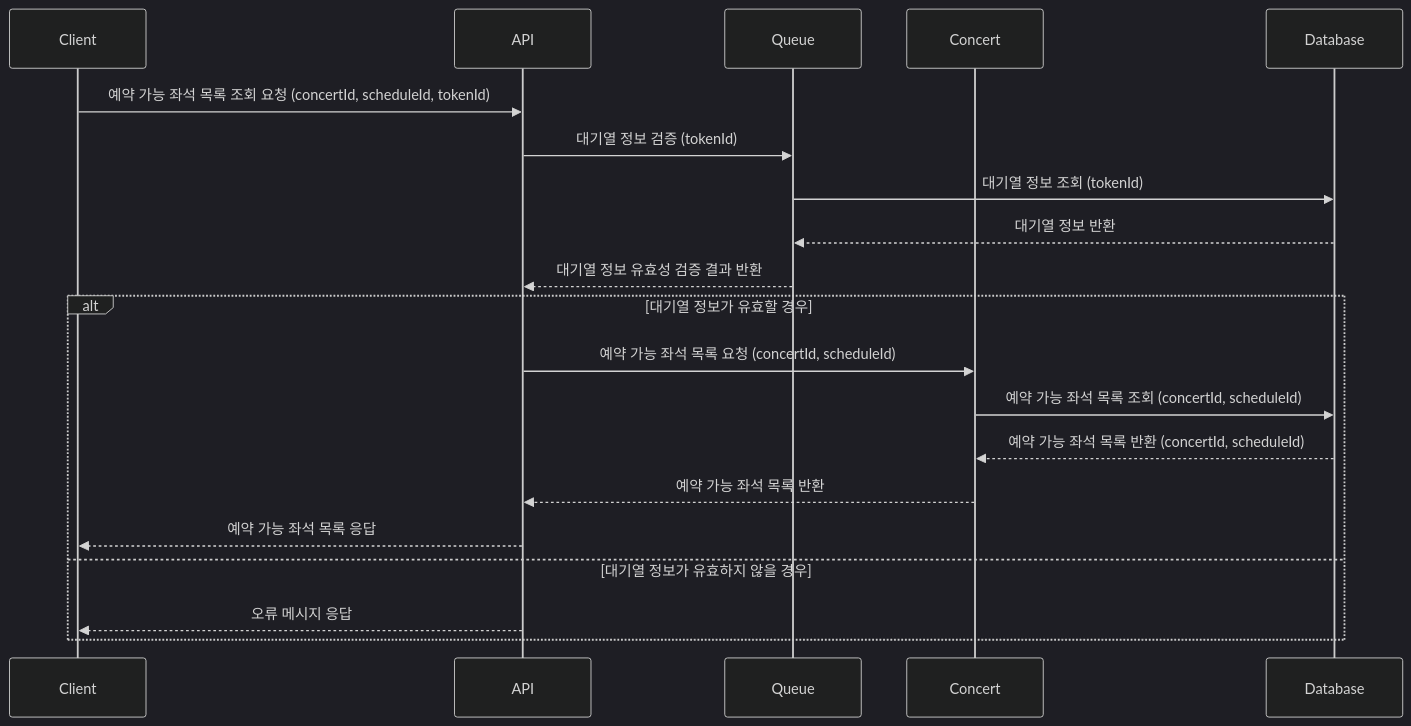
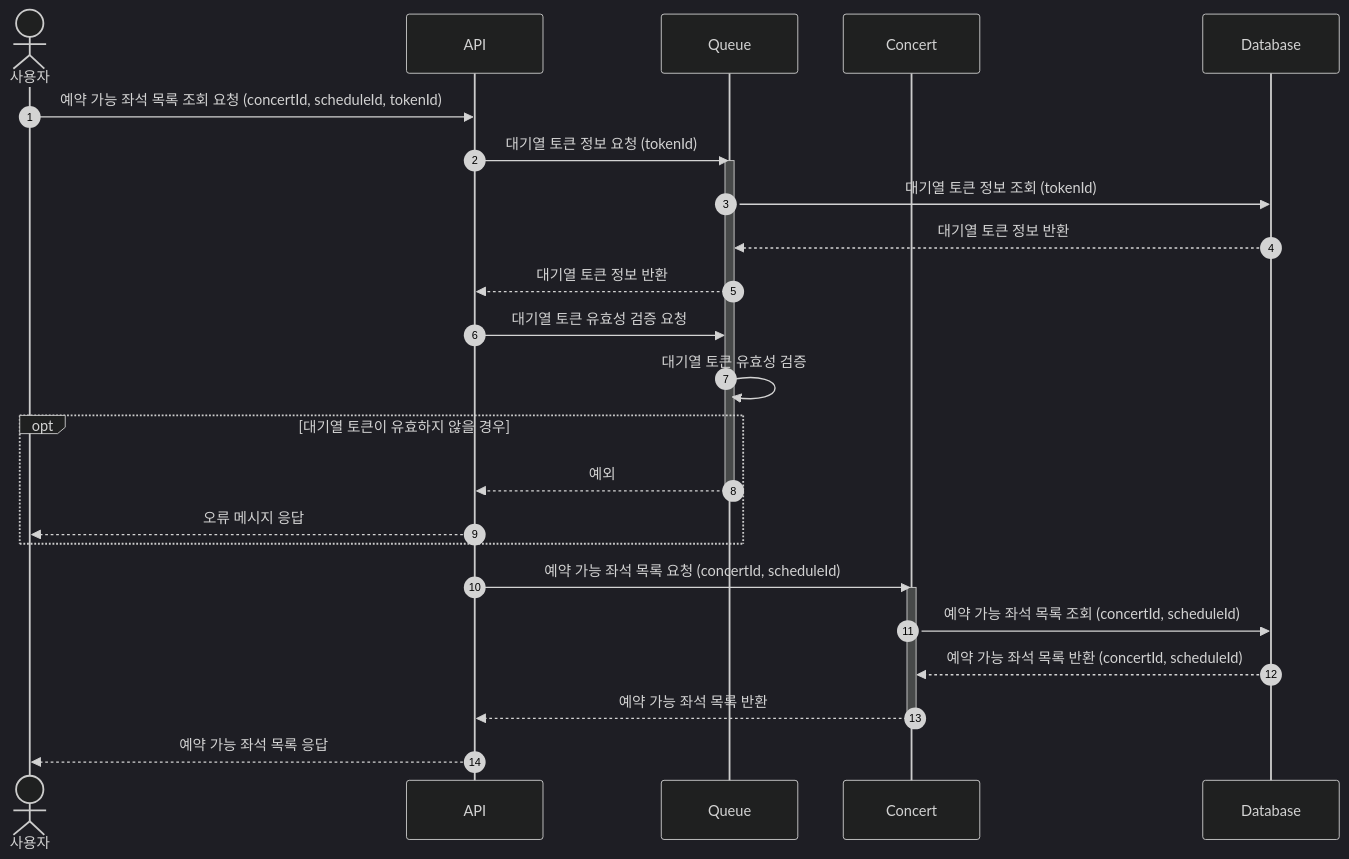
The fourth of 8 diagrams in docs/SequenceDiagram.md (cocomongg/concert-reservation-system), drawn with Mermaid (dark theme) before and after one commit. The commit also changed other lines of this file, not shown here.

Commit message:
fix: sequence diagram 수정

````diff
--- a/docs/SequenceDiagram.md
+++ b/docs/SequenceDiagram.md
@@ -93,23 +131,30 @@
 ```mermaid
 sequenceDiagram
-    participant Client
+    autonumber
+    Actor U as 사용자
     participant API
     participant Queue
     participant Concert
     participant Database
 
-    Client->>API: 예약 가능 좌석 목록 조회 요청 (concertId, scheduleId, tokenId)
-    API->>Queue: 대기열 정보 검증 (tokenId)
-    Queue ->> Database: 대기열 정보 조회 (tokenId)
-    Database -->> Queue: 대기열 정보 반환
-    Queue -->> API: 대기열 정보 유효성 검증 결과 반환
-    alt 대기열 정보가 유효할 경우
-        API ->> Concert: 예약 가능 좌석 목록 요청 (concertId, scheduleId)
-        Concert ->> Database: 예약 가능 좌석 목록 조회 (concertId, scheduleId)
-        Database -->> Concert: 예약 가능 좌석 목록 반환 (concertId, scheduleId)
-        Concert -->> API: 예약 가능 좌석 목록 반환
-        API -->> Client: 예약 가능 좌석 목록 응답
-    else 대기열 정보가 유효하지 않을 경우
-        API -->> Client: 오류 메시지 응답
+    U->>API: 예약 가능 좌석 목록 조회 요청 (concertId, scheduleId, tokenId)
+    API->>Queue: 대기열 토큰 정보 요청 (tokenId)
+    activate Queue
+    Queue ->> Database: 대기열 토큰 정보 조회 (tokenId)
+    Database -->> Queue: 대기열 토큰 정보 반환
+    Queue -->> API: 대기열 토큰 정보 반환
+    API ->> Queue: 대기열 토큰 유효성 검증 요청
+    Queue ->> Queue: 대기열 토큰 유효성 검증
+    opt 대기열 토큰이 유효하지 않을 경우
+        Queue -->> API: 예외
+        deactivate Queue
+        API -->> U: 오류 메시지 응답
     end
+    API ->> Concert: 예약 가능 좌석 목록 요청 (concertId, scheduleId)
+    activate Concert
+    Concert ->> Database: 예약 가능 좌석 목록 조회 (concertId, scheduleId)
+    Database -->> Concert: 예약 가능 좌석 목록 반환 (concertId, scheduleId)
+    Concert -->> API: 예약 가능 좌석 목록 반환
+    deactivate Concert
+    API -->> U: 예약 가능 좌석 목록 응답
 ```
````
